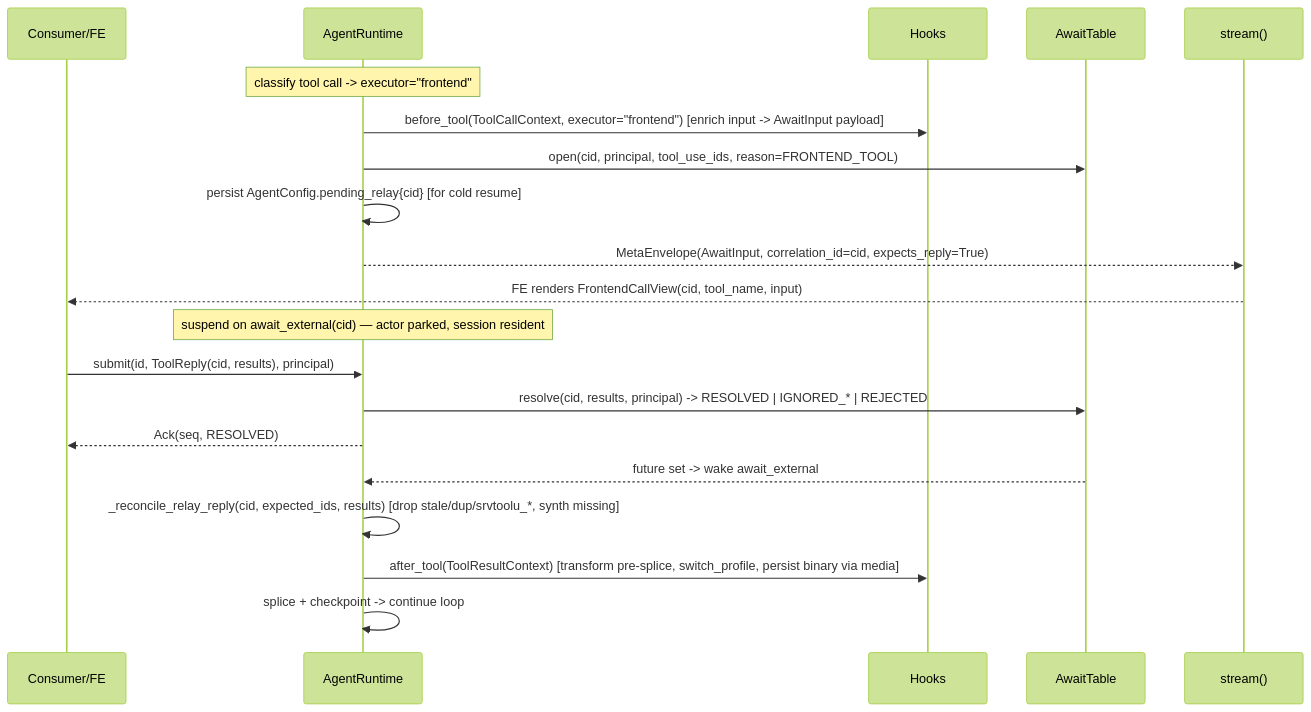
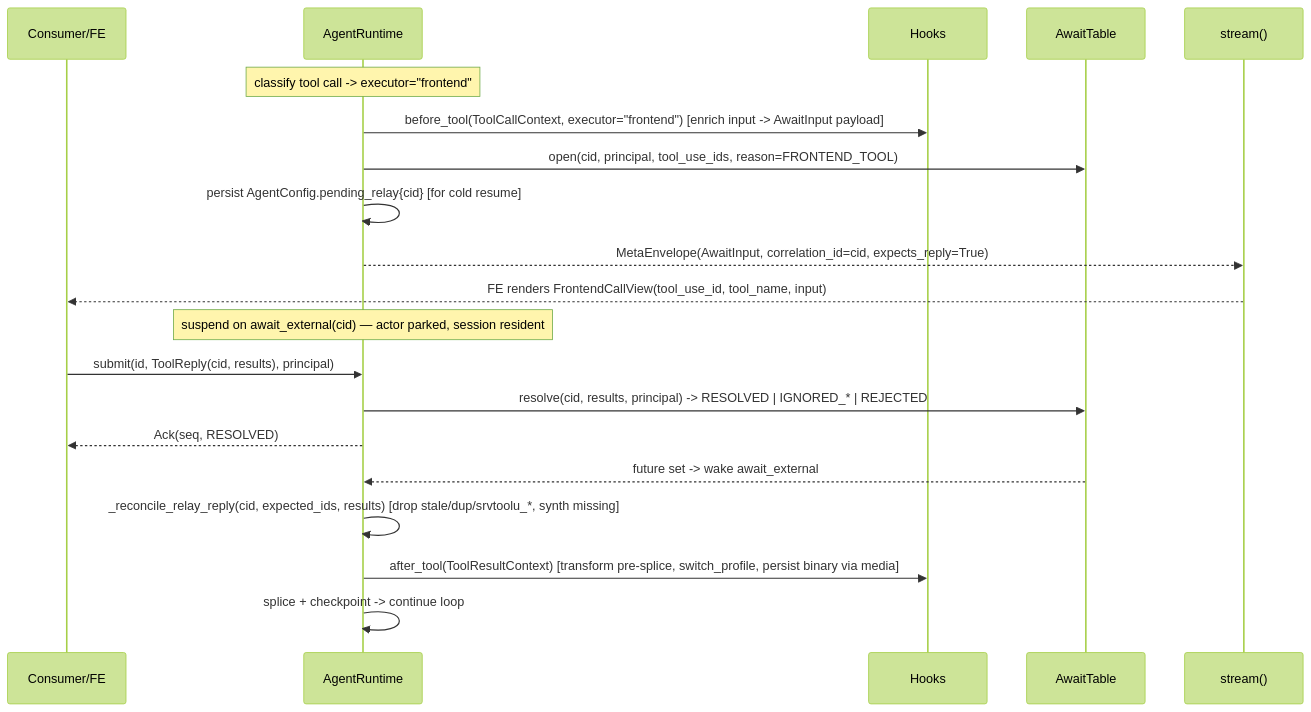
Before and after one commit to AuroSoni/agent-harness: the third of 6 diagrams in interface_plan/RECONCILIATION.md, drawn with Mermaid (forest theme). The commit also changed other lines of this file and 132 other files, not shown here.

````diff
--- a/interface_plan/RECONCILIATION.md
+++ b/interface_plan/RECONCILIATION.md
@@ -148,22 +150,22 @@
 ```mermaid
 sequenceDiagram
     participant C as Consumer/FE
     participant RT as AgentRuntime
     participant HK as Hooks
     participant AT as AwaitTable
     participant ST as stream()
     Note over RT: classify tool call -> executor="frontend"
     RT->>HK: before_tool(ToolCallContext, executor="frontend")  [enrich input -> AwaitInput payload]
     RT->>AT: open(cid, principal, tool_use_ids, reason=FRONTEND_TOOL)
     RT->>RT: persist AgentConfig.pending_relay{cid}  [for cold resume]
     RT-->>ST: MetaEnvelope(AwaitInput, correlation_id=cid, expects_reply=True)
-    ST-->>C: FE renders FrontendCallView(cid, tool_name, input)
+    ST-->>C: FE renders FrontendCallView(tool_use_id, tool_name, input)
     Note over RT: suspend on await_external(cid) — actor parked, session resident
     C->>RT: submit(id, ToolReply(cid, results), principal)
     RT->>AT: resolve(cid, results, principal) -> RESOLVED | IGNORED_* | REJECTED
     RT-->>C: Ack(seq, RESOLVED)
     AT-->>RT: future set -> wake await_external
     RT->>RT: _reconcile_relay_reply(cid, expected_ids, results)  [drop stale/dup/srvtoolu_*, synth missing]
     RT->>HK: after_tool(ToolResultContext)  [transform pre-splice, switch_profile, persist binary via media]
     RT->>RT: splice + checkpoint -> continue loop
 ```
````
